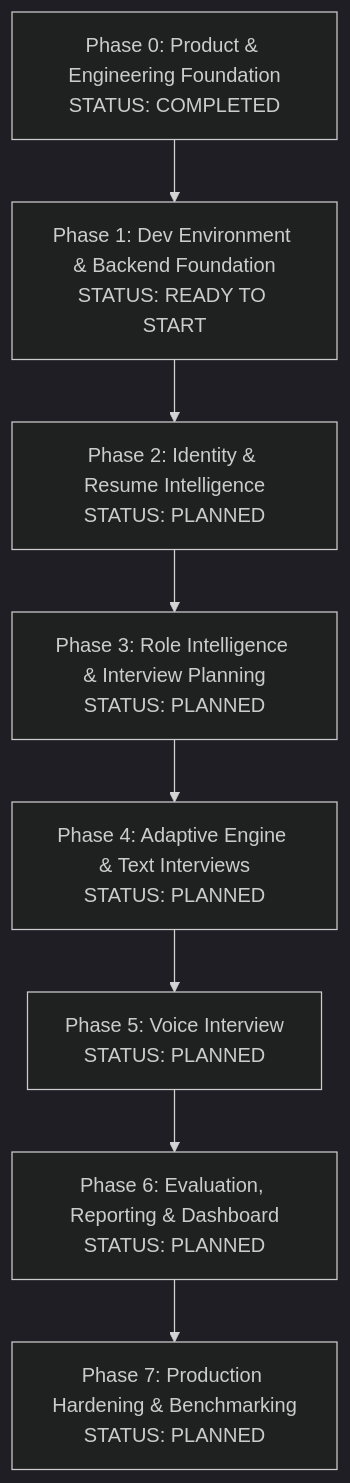
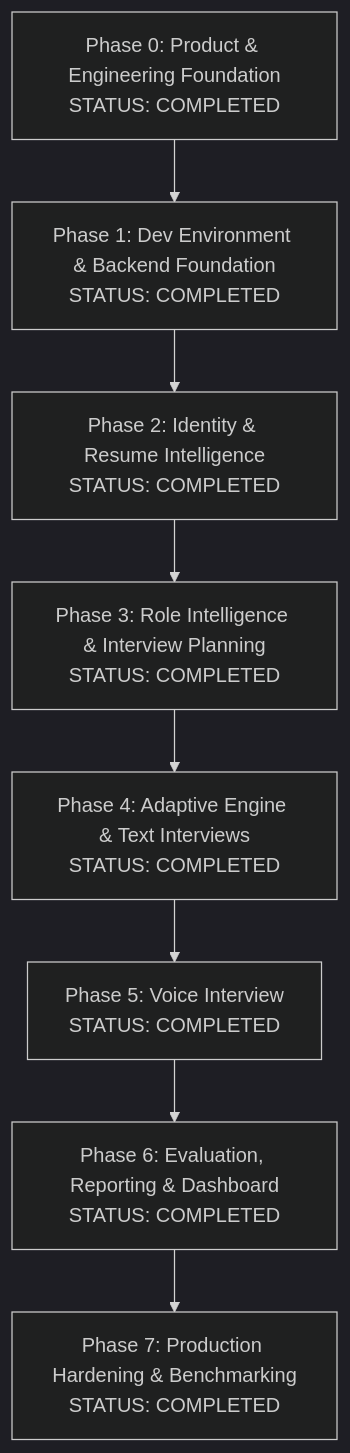
Before and after one commit to Satya-Naraharisetty/CareerDiff: the diagram in docs/product/ROADMAP.md, drawn with Mermaid (dark theme). The commit also changed other lines of this file and 191 other files, not shown here.

Commit message:
feat: complete MVP lifecycle (Phases 1-7) — Voice, Evaluation, and Hardening

````diff
--- a/docs/product/ROADMAP.md
+++ b/docs/product/ROADMAP.md
@@ -10,10 +10,10 @@
 ```mermaid
 flowchart TD
-    P0[Phase 0: Product & Engineering Foundation<br/>STATUS: COMPLETED] --> P1[Phase 1: Dev Environment & Backend Foundation<br/>STATUS: READY TO START]
-    P1 --> P2[Phase 2: Identity & Resume Intelligence<br/>STATUS: PLANNED]
-    P2 --> P3[Phase 3: Role Intelligence & Interview Planning<br/>STATUS: PLANNED]
-    P3 --> P4[Phase 4: Adaptive Engine & Text Interviews<br/>STATUS: PLANNED]
-    P4 --> P5[Phase 5: Voice Interview<br/>STATUS: PLANNED]
-    P5 --> P6[Phase 6: Evaluation, Reporting & Dashboard<br/>STATUS: PLANNED]
-    P6 --> P7[Phase 7: Production Hardening & Benchmarking<br/>STATUS: PLANNED]
+    P0[Phase 0: Product & Engineering Foundation<br/>STATUS: COMPLETED] --> P1[Phase 1: Dev Environment & Backend Foundation<br/>STATUS: COMPLETED]
+    P1 --> P2[Phase 2: Identity & Resume Intelligence<br/>STATUS: COMPLETED]
+    P2 --> P3[Phase 3: Role Intelligence & Interview Planning<br/>STATUS: COMPLETED]
+    P3 --> P4[Phase 4: Adaptive Engine & Text Interviews<br/>STATUS: COMPLETED]
+    P4 --> P5[Phase 5: Voice Interview<br/>STATUS: COMPLETED]
+    P5 --> P6[Phase 6: Evaluation, Reporting & Dashboard<br/>STATUS: COMPLETED]
+    P6 --> P7[Phase 7: Production Hardening & Benchmarking<br/>STATUS: COMPLETED]
 ```
````
